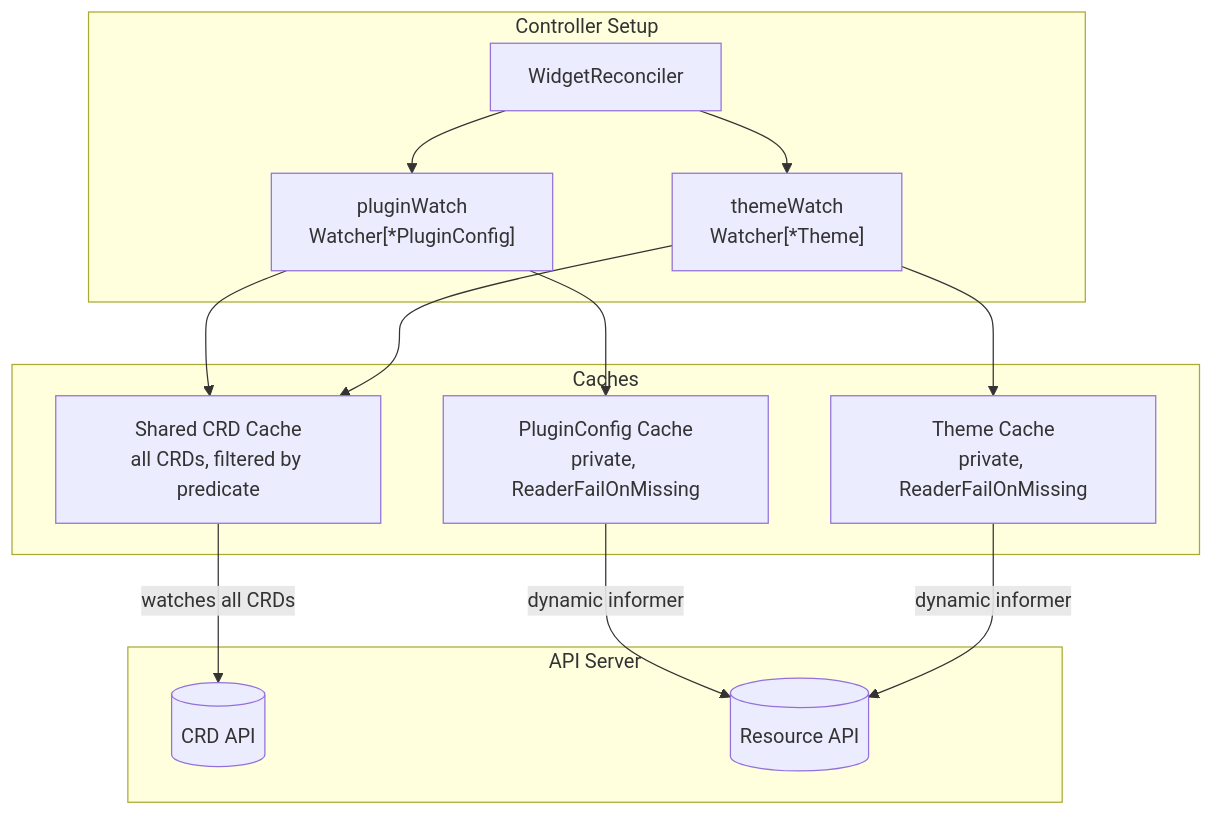
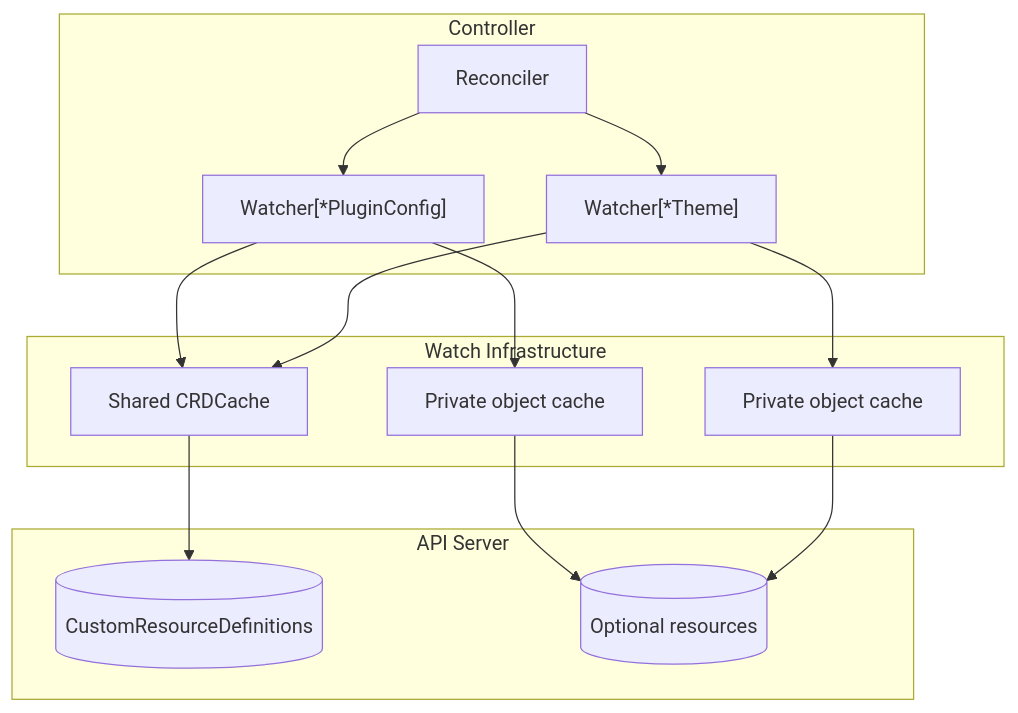
Before and after one commit to bartoszmajsak/dynamic-crd-watch: the first of 2 diagrams in ARCHITECTURE.md, drawn with Mermaid. The commit also changed other lines of this file and 2 other files, not shown here.

First line of the commit message:
docs: rework ARCHITECTURE and add TECHNICAL_DESIGN for accuracy and clarity

````diff
--- a/ARCHITECTURE.md
+++ b/ARCHITECTURE.md
@@ -17,29 +17,29 @@
 ```mermaid
 graph TD
-    subgraph "Controller Setup"
-        WC[WidgetReconciler]
-        PW["pluginWatch\nWatcher[*PluginConfig]"]
-        TW["themeWatch\nWatcher[*Theme]"]
+    subgraph Controller
+        R[Reconciler]
+        W1["Watcher[*PluginConfig]"]
+        W2["Watcher[*Theme]"]
     end
 
-    subgraph "Caches"
-        PC1[PluginConfig Cache\nprivate, ReaderFailOnMissing]
-        PC2[Theme Cache\nprivate, ReaderFailOnMissing]
-        SC[Shared CRD Cache\nall CRDs, filtered by predicate]
+    subgraph Watch Infrastructure
+        CC[Shared CRDCache]
+        OC1[Private object cache]
+        OC2[Private object cache]
     end
 
-    subgraph "API Server"
-        CRDs[(CRD API)]
-        Resources[(Resource API)]
+    subgraph API Server
+        CRD[(CustomResourceDefinitions)]
+        RES[(Optional resources)]
     end
 
-    WC --> PW
-    WC --> TW
-    PW --> PC1
-    TW --> PC2
-    PW --> SC
-    TW --> SC
-    SC -->|watches all CRDs| CRDs
-    PC1 -->|dynamic informer| Resources
-    PC2 -->|dynamic informer| Resources
+    R --> W1
+    R --> W2
+    W1 --> CC
+    W2 --> CC
+    W1 --> OC1
+    W2 --> OC2
+    CC --> CRD
+    OC1 --> RES
+    OC2 --> RES
 ```
````
